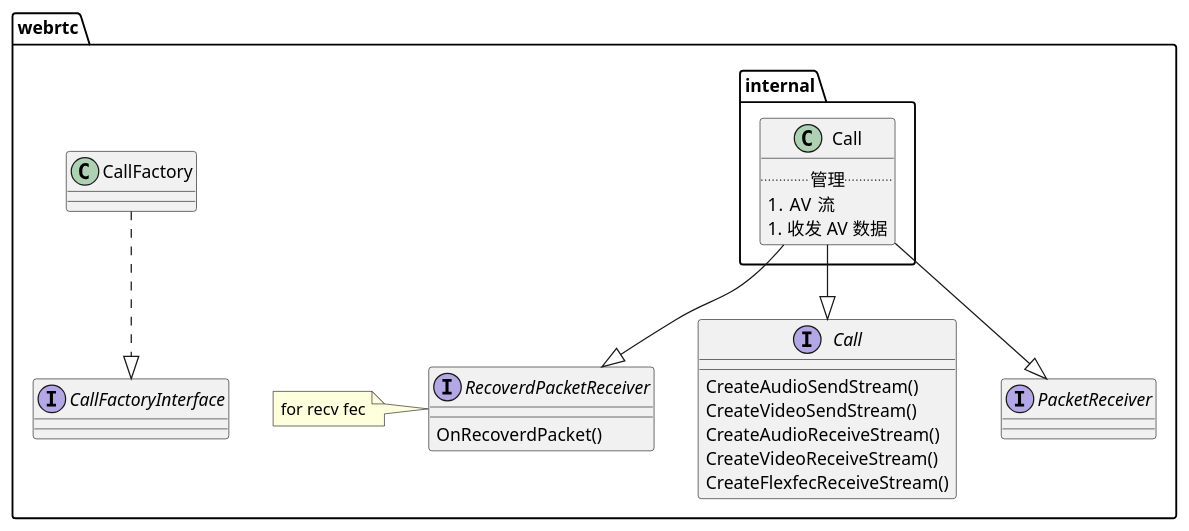
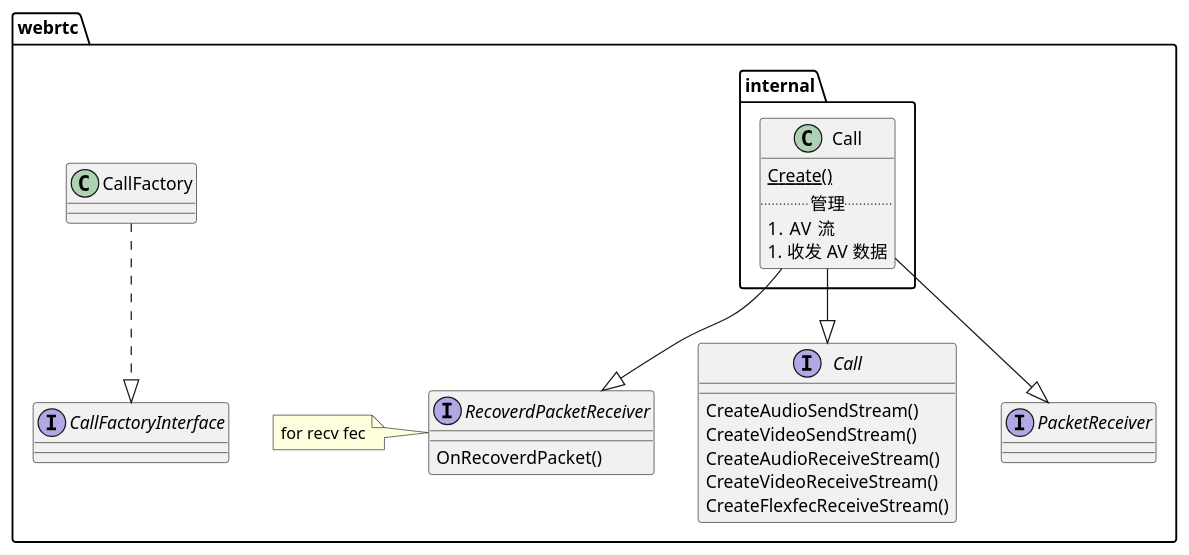
One commit to mingxin505/webrtcNote changed the first of 2 diagrams in webrtc_chrome/call.md. Above: the diagram before and after it, drawn with PlantUML. The commit also changed other lines of this file and 2 other files, not shown here.

````diff
--- a/webrtc_chrome/call.md
+++ b/webrtc_chrome/call.md
@@ -1,29 +1,30 @@
 ```plantuml
 namespace webrtc {
     interface CallFactoryInterface
     class CallFactory
     CallFactory ..|> CallFactoryInterface
     interface Call {
         CreateAudioSendStream()
         CreateVideoSendStream()
         CreateAudioReceiveStream()
         CreateVideoReceiveStream()
         CreateFlexfecReceiveStream()
     }
     interface PacketReceiver
     interface RecoverdPacketReceiver {
         OnRecoverdPacket()
     }
     note left: for recv fec
     namespace internal {
         class Call {
+            {static} Create()
             ..管理..
             1.  AV 流
             1. 收发 AV 数据
         }
         Call --|> webrtc.Call
         Call --|> webrtc.PacketReceiver
         Call --|> webrtc.RecoverdPacketReceiver
     }
 }
 ```
````
